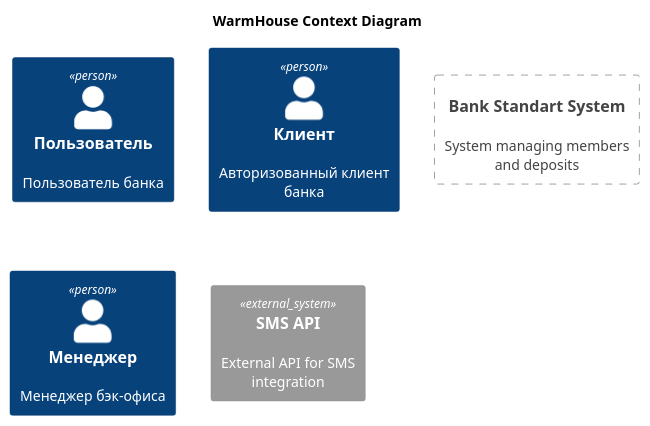
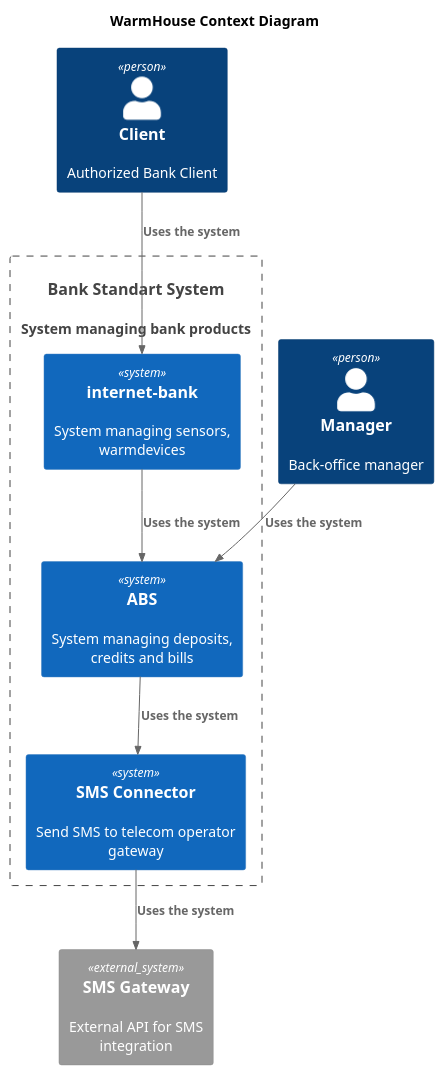
Before and after one commit to yailiaya/yp-architecture-standart: the diagram in Task3/ToBe_StandartBank_Context.puml, drawn with PlantUML.

Commit message:
Update Context diagram

```diff
--- a/Task3/ToBe_StandartBank_Context.puml
+++ b/Task3/ToBe_StandartBank_Context.puml
@@ -1,21 +1,27 @@
 @startuml
 title WarmHouse Context Diagram
 
 top to bottom direction
 
 !includeurl https://raw.githubusercontent.com/RicardoNiepel/C4-PlantUML/master/C4_Component.puml
 
-Person(user, "Пользователь", "Пользователь банка")
-Person(client, "Клиент", "Авторизованный клиент банка")
-Person(manager, "Менеджер", "Менеджер бэк-офиса")
+Person(client, "Client", "Authorized Bank Client")
+Person(manager, "Manager", "Back-office manager")
 
-System(StandartBankSystem, "Bank Standart System", "System managing members and deposits")
+System(StandartBankSystem, "Bank Standart System", "System managing bank products")
 
-Container_Boundary(StandartBankSystem, "Standart Bank System") {
-
+System_Boundary(StandartBankSystem, "Standart Bank System") {
+    System(InternetBankSystem, "internet-bank", "System managing sensors, warmdevices")
+    System(ABS, "ABS", "System managing deposits, credits and bills")
+    System(SMSConnector, "SMS Connector", "Send SMS to telecom operator gateway")
 }
 
-System_Ext(sms_operator, "SMS API", "External API for SMS integration")
+System_Ext(sms_gateway_telecom_operator, "SMS Gateway", "External API for SMS integration")
 
+Rel(client, InternetBankSystem, "Uses the system")
+Rel(InternetBankSystem, ABS, "Uses the system")
+Rel(manager, ABS, "Uses the system")
+Rel(ABS, SMSConnector, "Uses the system")
+Rel(SMSConnector, sms_gateway_telecom_operator, "Uses the system")
 
 @enduml
```
